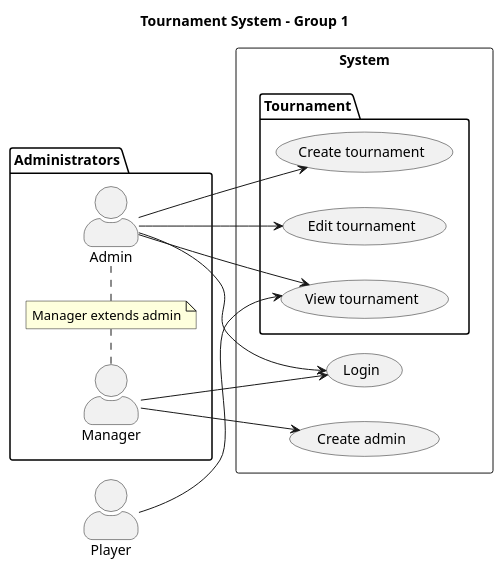
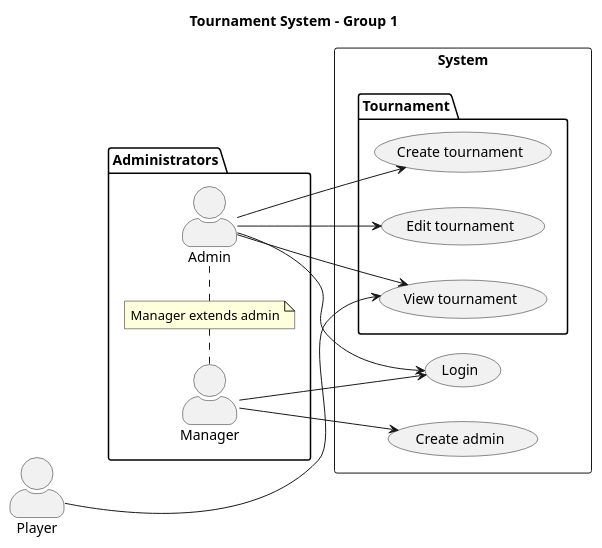
Before and after one commit to felixalbrigtsen/asura-tmdb: the diagram in documentation/useCaseDiagram.puml, drawn with PlantUML.

Commit message:
Minor syntax fix

```diff
--- a/documentation/useCaseDiagram.puml
+++ b/documentation/useCaseDiagram.puml
@@ -1,37 +1,37 @@
 @startuml Tournament System
 title Tournament System - Group 1 
 
 skinparam actorStyle awesome
 package Administrators {
-    :Manager: as mgr
+    actor Manager as mgr
     actor Admin as adm
 
     note "Manager extends admin" as MgrNote
     mgr . MgrNote
     MgrNote . adm
 }
 
 actor Player as p1
 
 left to right direction
 rectangle System {
     usecase "Login" as SysLogin
     usecase "Create admin" as SysCreateA
 
     package Tournament {
         usecase "Create tournament" as TouCreateT
         usecase "Edit tournament" as TouEdit
         usecase "View tournament" as TouView
     }
 }
 
 mgr --> SysLogin
 mgr --> SysCreateA
 
 adm --> SysLogin
 adm --> TouCreateT
 adm --> TouEdit
 adm --> TouView
 
-p1 --> TouView
+p1 ---> TouView
 @enduml
```
